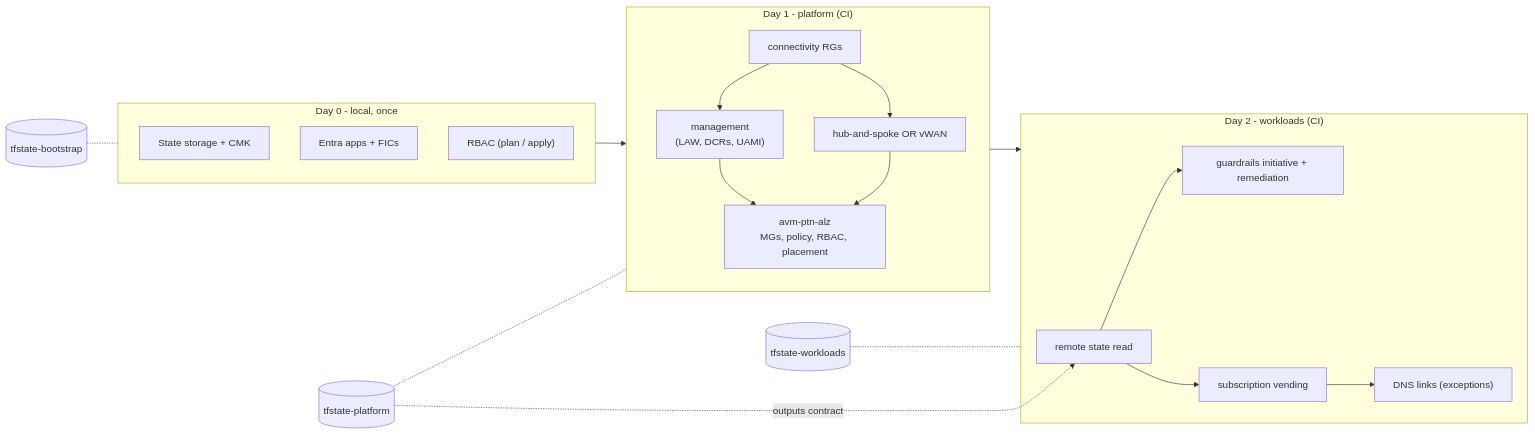
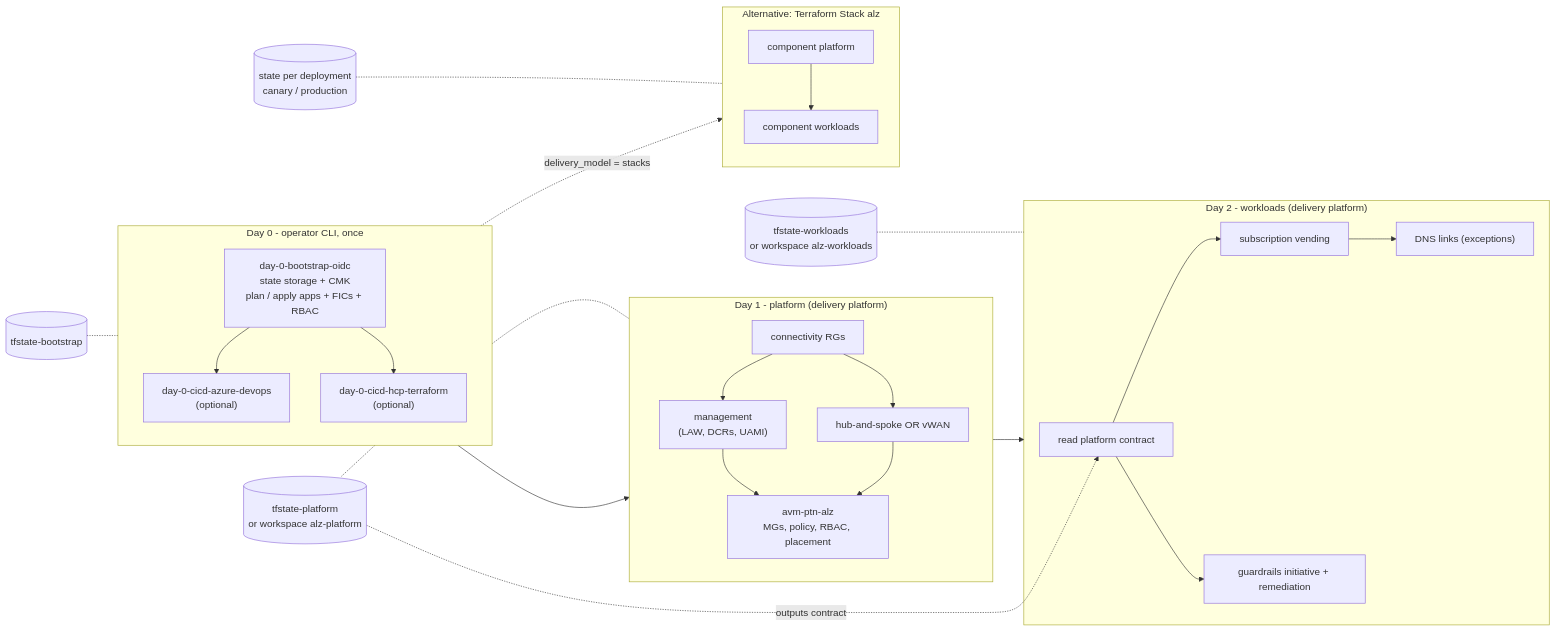
One commit to nubenetes/azure-landing-zones-2026-masterclass changed the diagram in architecture/diagrams/deployment-stages.md. Above: the diagram before and after it, drawn with Mermaid. The commit also changed other lines of this file and 18 other files, not shown here.

First line of the commit message:
docs(diagrams): show every delivery platform and explain each diagram

````diff
--- a/architecture/diagrams/deployment-stages.md
+++ b/architecture/diagrams/deployment-stages.md
@@ -5,23 +5,29 @@
 ```mermaid
 flowchart LR
-    subgraph d0["Day 0 - local, once"]
-        a0["State storage + CMK"]
-        b0["Entra apps + FICs"]
-        c0["RBAC (plan / apply)"]
+    subgraph d0["Day 0 - operator CLI, once"]
+        a0["day-0-bootstrap-oidc<br/>state storage + CMK<br/>plan / apply apps + FICs + RBAC"]
+        b0["day-0-cicd-azure-devops<br/>(optional)"]
+        c0["day-0-cicd-hcp-terraform<br/>(optional)"]
+        a0 --> b0 & c0
     end
-    subgraph d1["Day 1 - platform (CI)"]
+    subgraph d1["Day 1 - platform (delivery platform)"]
         a1["connectivity RGs"] --> b1["management<br/>(LAW, DCRs, UAMI)"]
         a1 --> c1["hub-and-spoke OR vWAN"]
         b1 & c1 --> d1alz["avm-ptn-alz<br/>MGs, policy, RBAC, placement"]
     end
-    subgraph d2["Day 2 - workloads (CI)"]
-        rs["remote state read"] --> v["subscription vending"]
+    subgraph d2["Day 2 - workloads (delivery platform)"]
+        rs["read platform contract"] --> v["subscription vending"]
         rs --> p["guardrails initiative + remediation"]
         v --> dns["DNS links (exceptions)"]
     end
+    subgraph stk["Alternative: Terraform Stack alz"]
+        sc["component platform"] --> sw["component workloads"]
+    end
     d0 --> d1 --> d2
+    d0 -. "delivery_model = stacks" .-> stk
     s0[("tfstate-bootstrap")] -.- d0
-    s1[("tfstate-platform")] -.- d1
-    s2[("tfstate-workloads")] -.- d2
-    s1 -. outputs contract .-> rs
+    s1[("tfstate-platform<br/>or workspace alz-platform")] -.- d1
+    s2[("tfstate-workloads<br/>or workspace alz-workloads")] -.- d2
+    s3[("state per deployment<br/>canary / production")] -.- stk
+    s1 -. "outputs contract" .-> rs
 ```
````
